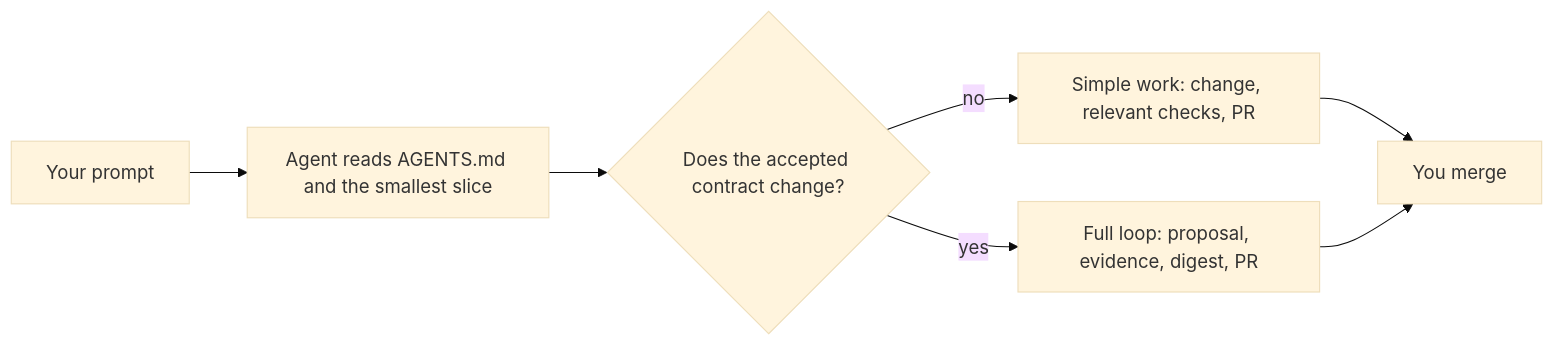
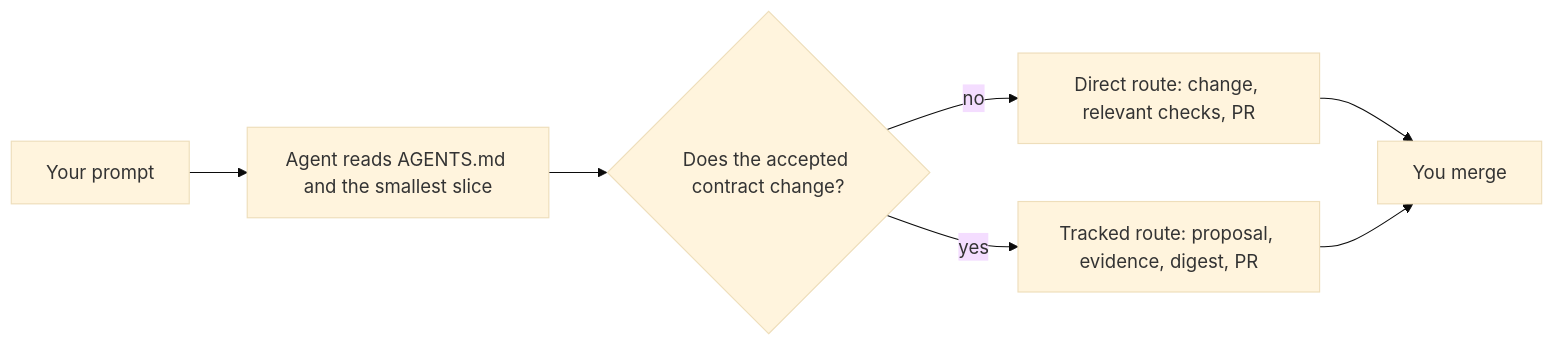
One commit to cliewen/cliewen changed the diagram in guide/prompting.md. Above: the diagram before and after it, drawn with Mermaid (base theme). The commit also changed other lines of this file and 15 other files, not shown here.

First line of the commit message:
CH-195: rename the routes in the guide to direct and tracked

````diff
--- a/guide/prompting.md
+++ b/guide/prompting.md
@@ -5,9 +5,9 @@
 ```mermaid
 graph LR
   P["Your prompt"] --> R["Agent reads AGENTS.md and the smallest slice"]
   R --> Q{"Does the accepted contract change?"}
-  Q -- no --> S["Simple work: change, relevant checks, PR"]
-  Q -- yes --> F["Full loop: proposal, evidence, digest, PR"]
+  Q -- no --> S["Direct route: change, relevant checks, PR"]
+  Q -- yes --> F["Tracked route: proposal, evidence, digest, PR"]
   S --> H["You merge"]
   F --> H
 ```
````
